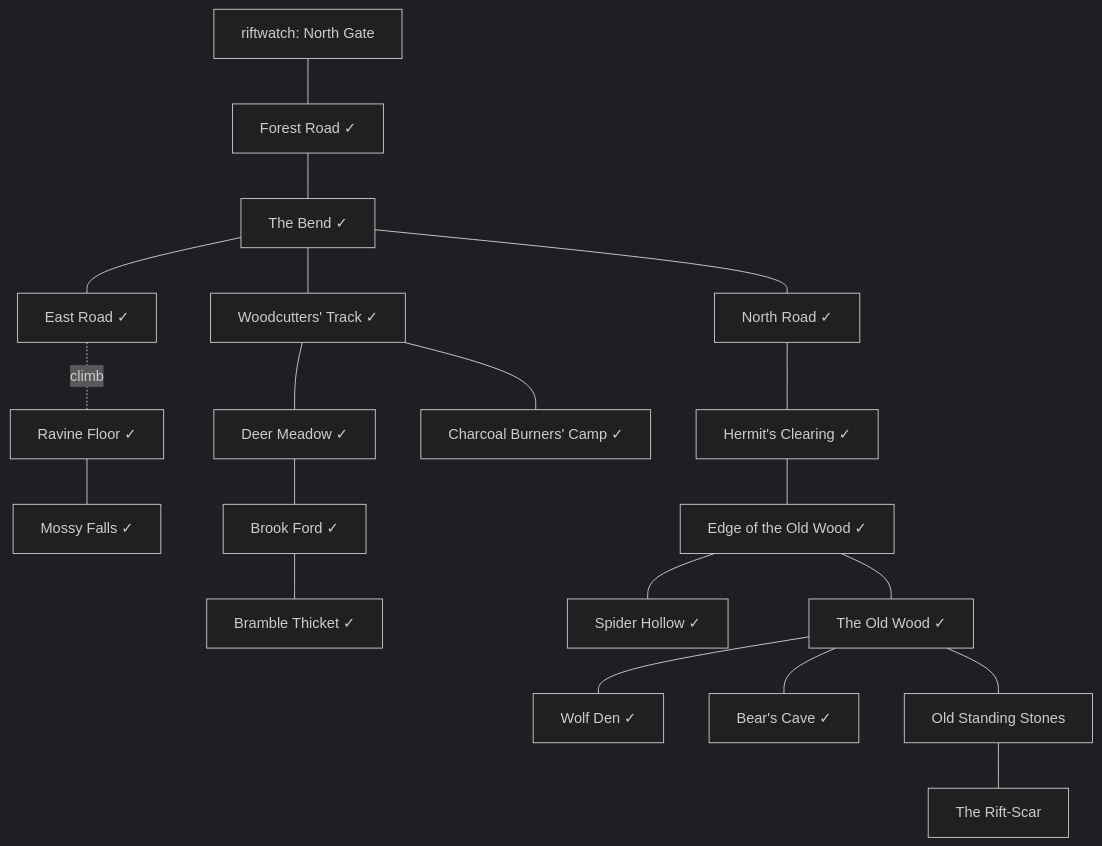
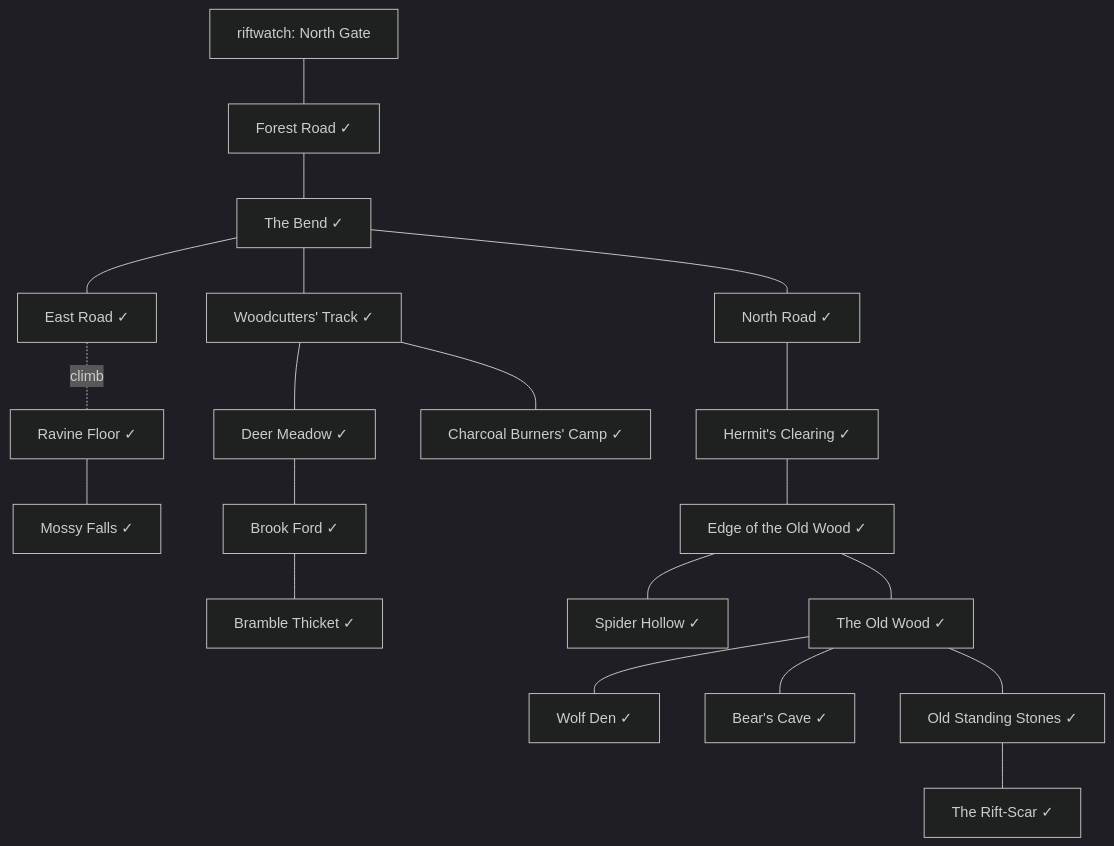
One commit to Aaqibhafeezkhan/riftward changed the diagram in docs/darkwood.md. Above: the diagram before and after it, drawn with Mermaid (dark theme). The commit also changed other lines of this file and 8 other files, not shown here.

First line of the commit message:
Build the Old Standing Stones and the Rift-Scar

````diff
--- a/docs/darkwood.md
+++ b/docs/darkwood.md
@@ -13,22 +13,22 @@
 ```mermaid
 flowchart TB
     gate[riftwatch: North Gate] --- road[Forest Road ✓]
     road --- bend[The Bend ✓]
     bend --- north[North Road ✓]
     north --- clearing[Hermit's Clearing ✓]
     bend --- east[East Road ✓]
     east -. climb .- ravine[Ravine Floor ✓]
     ravine --- pool[Mossy Falls ✓]
     bend --- track[Woodcutters' Track ✓]
     track --- camp[Charcoal Burners' Camp ✓]
     track --- meadow[Deer Meadow ✓]
     meadow --- brook[Brook Ford ✓]
     brook --- thicket[Bramble Thicket ✓]
     clearing --- deep[Edge of the Old Wood ✓]
     deep --- hollow[Spider Hollow ✓]
     deep --- old[The Old Wood ✓]
     old --- den[Wolf Den ✓]
     old --- cave[Bear's Cave ✓]
-    old --- stones[Old Standing Stones]
-    stones --- scar[The Rift-Scar]
+    old --- stones[Old Standing Stones ✓]
+    stones --- scar[The Rift-Scar ✓]
 ```
````
